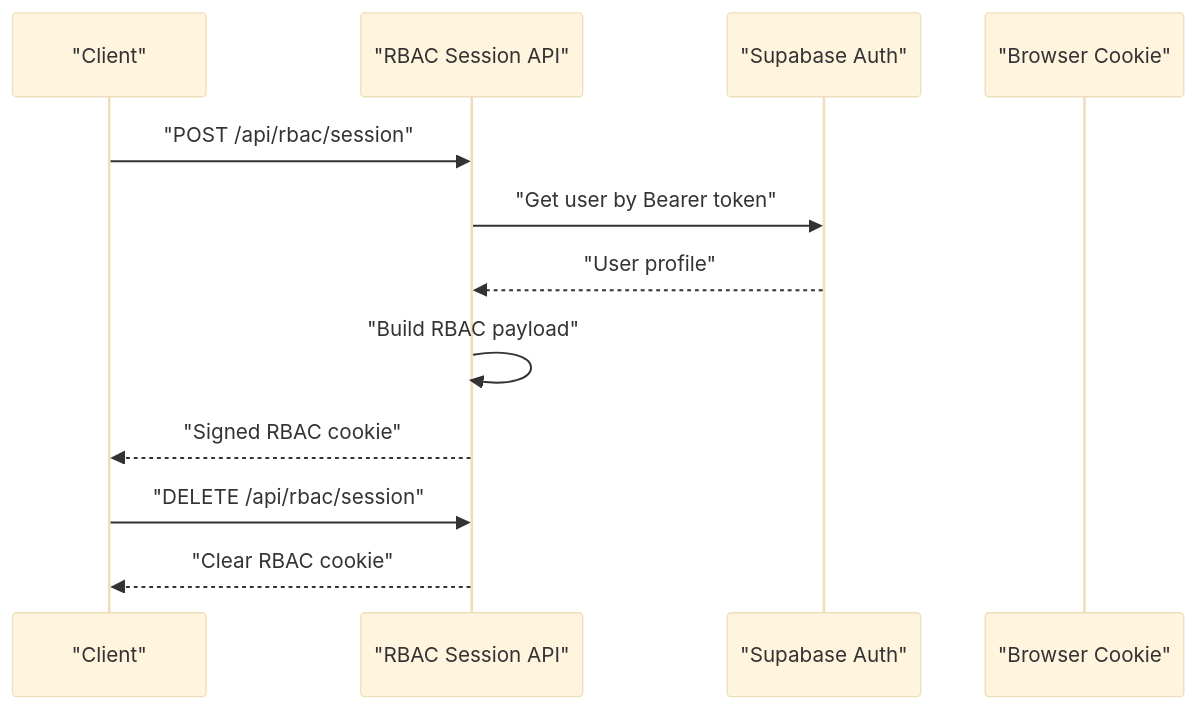
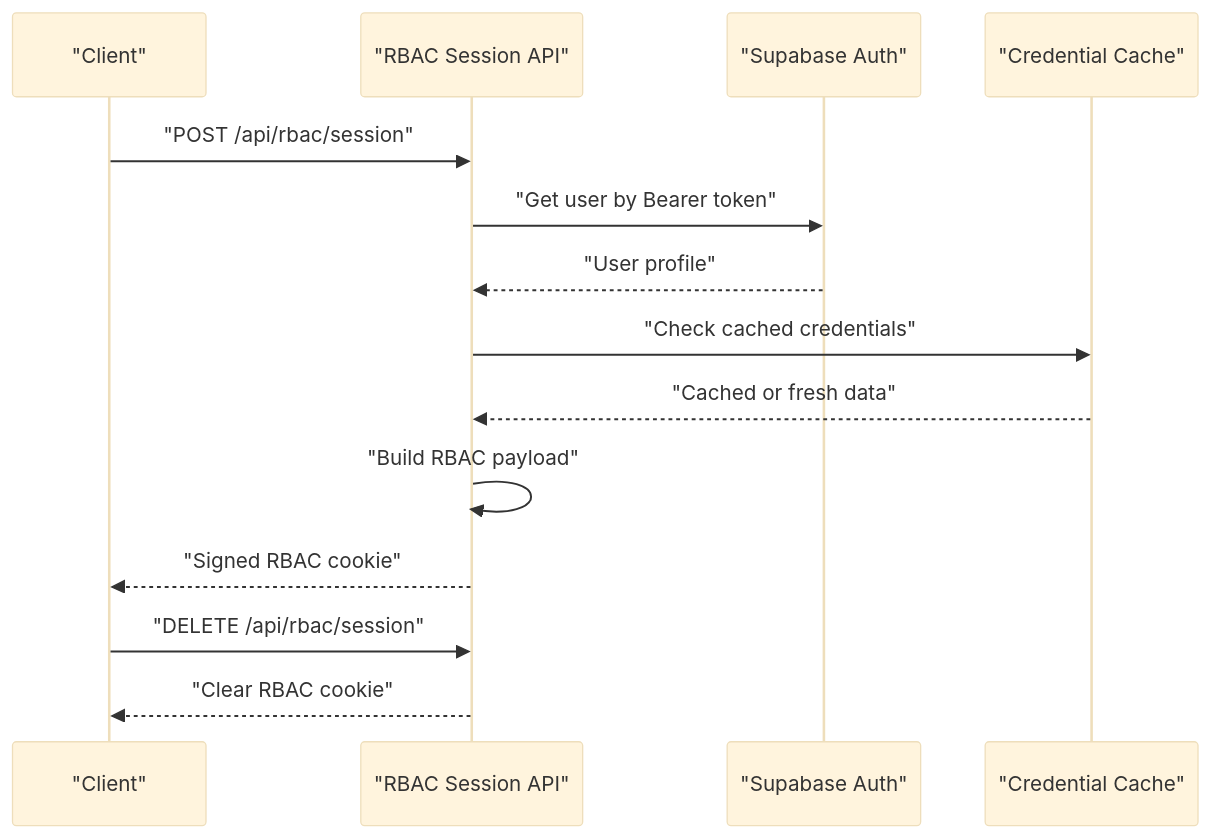
One commit to mustafaalkusaj/appschoolmustafa2002 changed the fifth of 10 diagrams in .qoder/repowiki/en/content/Teacher Management/Managed Users.md. Above: the diagram before and after it, drawn with Mermaid (base theme). The commit also changed other lines of this file and 8 other files, not shown here.

````diff
--- a/.qoder/repowiki/en/content/Teacher Management/Managed Users.md
+++ b/.qoder/repowiki/en/content/Teacher Management/Managed Users.md
@@ -275,14 +308,16 @@
 ```mermaid
 sequenceDiagram
 participant Client as "Client"
 participant API as "RBAC Session API"
 participant Auth as "Supabase Auth"
-participant Cookie as "Browser Cookie"
+participant Cache as "Credential Cache"
 Client->>API : "POST /api/rbac/session"
 API->>Auth : "Get user by Bearer token"
 Auth-->>API : "User profile"
+API->>Cache : "Check cached credentials"
+Cache-->>API : "Cached or fresh data"
 API->>API : "Build RBAC payload"
 API-->>Client : "Signed RBAC cookie"
 Client->>API : "DELETE /api/rbac/session"
 API-->>Client : "Clear RBAC cookie"
 ```
````
